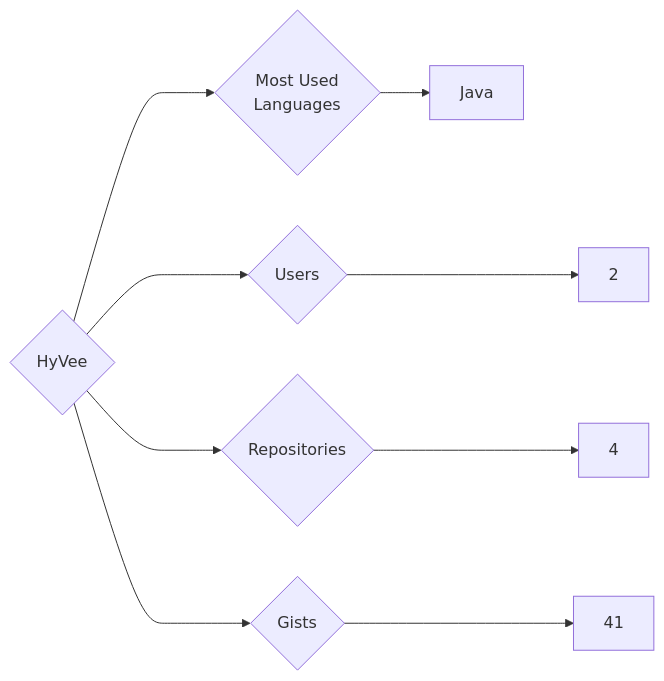
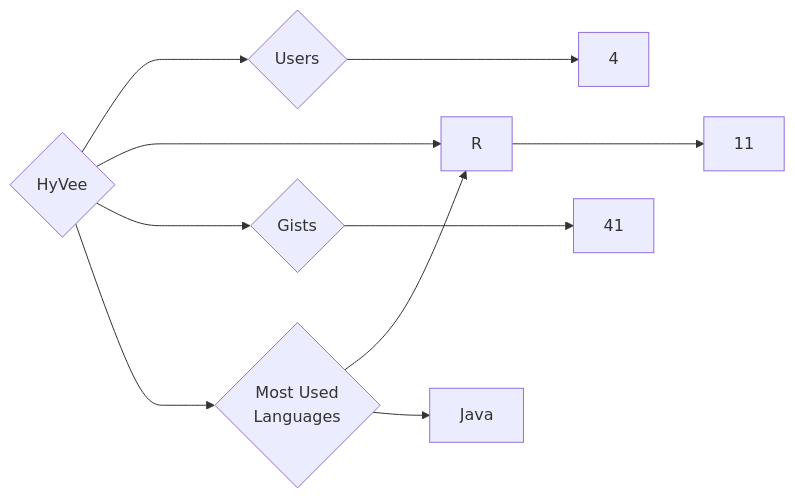
Before and after one commit to trickest/insiders: the diagram in targets/HyVee/README.md, drawn with Mermaid. The commit also changed 1030 other files, not shown here.

````diff
--- a/targets/HyVee/README.md
+++ b/targets/HyVee/README.md
@@ -3,9 +3,10 @@
 ```mermaid
 graph LR
 COMPANY_NAME{HyVee}
-COMPANY_NAME ---> U{Users} ---> UN[2]
-COMPANY_NAME ---> R{Repositories} ---> RN[4]
+COMPANY_NAME ---> U{Users} ---> UN[4]
+COMPANY_NAME ---> R{Repositories} ---> RN[11]
 COMPANY_NAME ---> G{Gists} ---> GN[41]
 COMPANY_NAME ---> ML{Most Used<br>Languages}
+ML --> R[R]
 ML --> Java[Java]
 ```
````
